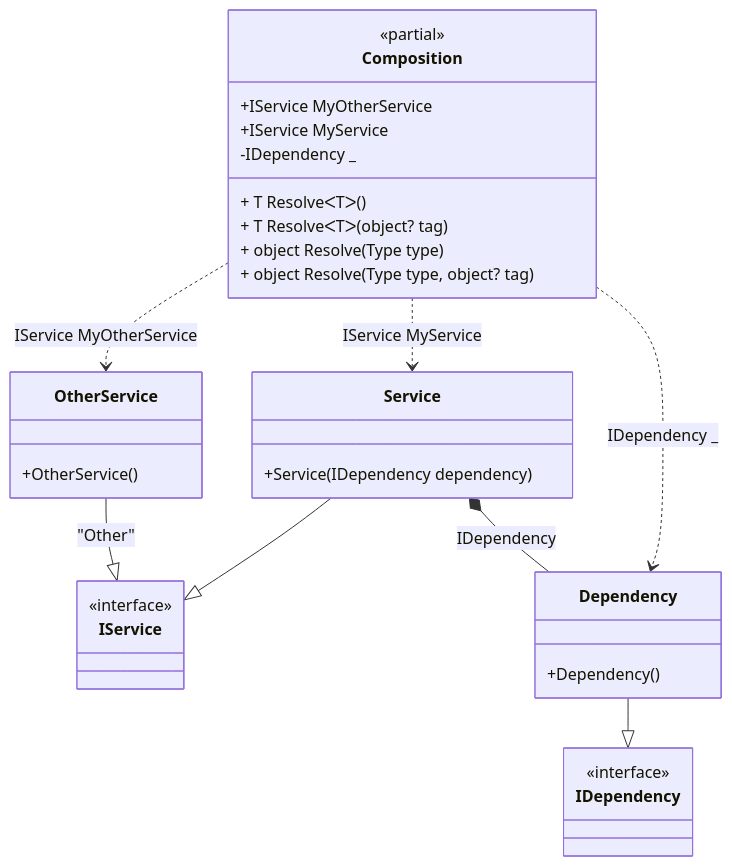
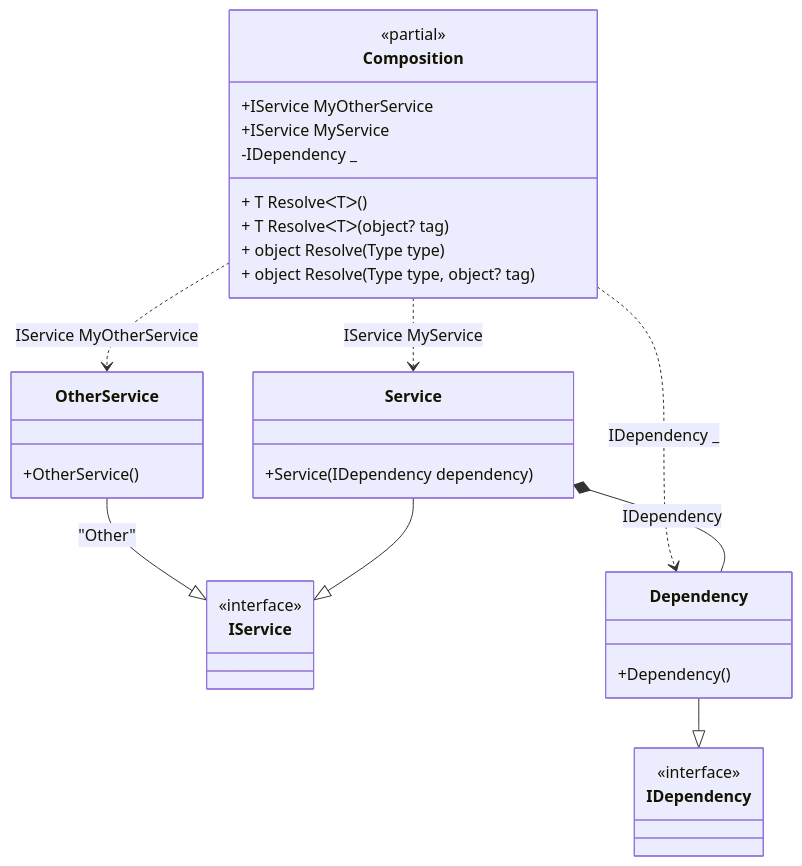
Before and after one commit to DevTeam/Pure.DI: the diagram in readme/composition-roots.md, drawn with Mermaid. The commit also changed other lines of this file and 92 other files, not shown here.

````diff
--- a/readme/composition-roots.md
+++ b/readme/composition-roots.md
@@ -265,35 +265,35 @@
 ```mermaid
 classDiagram
 	class Composition {
 		<<partial>>
 		+IService MyOtherService
 		+IService MyService
 		-IDependency _
 		+ T ResolveᐸTᐳ()
 		+ T ResolveᐸTᐳ(object? tag)
 		+ object Resolve(Type type)
 		+ object Resolve(Type type, object? tag)
 	}
-	Service --|> IService
-	class Service {
-		+Service(IDependency dependency)
-	}
 	OtherService --|> IService : "Other" 
 	class OtherService {
 		+OtherService()
 	}
 	Dependency --|> IDependency
 	class Dependency {
 		+Dependency()
+	}
+	Service --|> IService
+	class Service {
+		+Service(IDependency dependency)
 	}
 	class IService {
 		<<interface>>
 	}
 	class IDependency {
 		<<interface>>
 	}
 	Composition ..> OtherService : IService MyOtherService
 	Composition ..> Dependency : IDependency _
 	Composition ..> Service : IService MyService
 	Service *--  Dependency : IDependency
 ```
````
